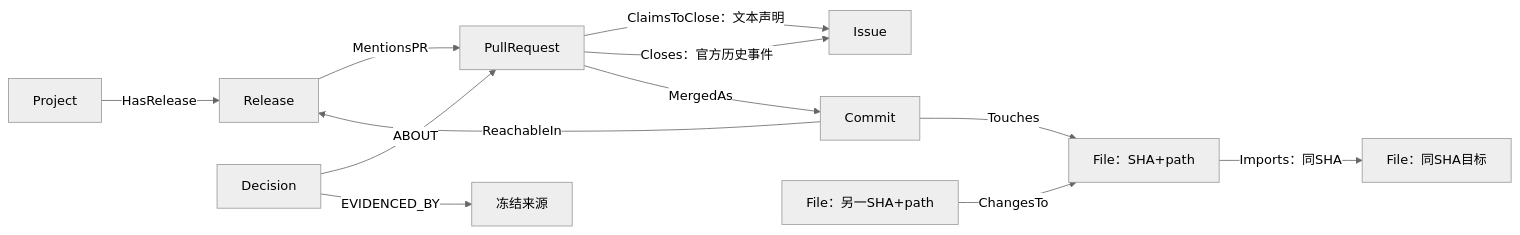
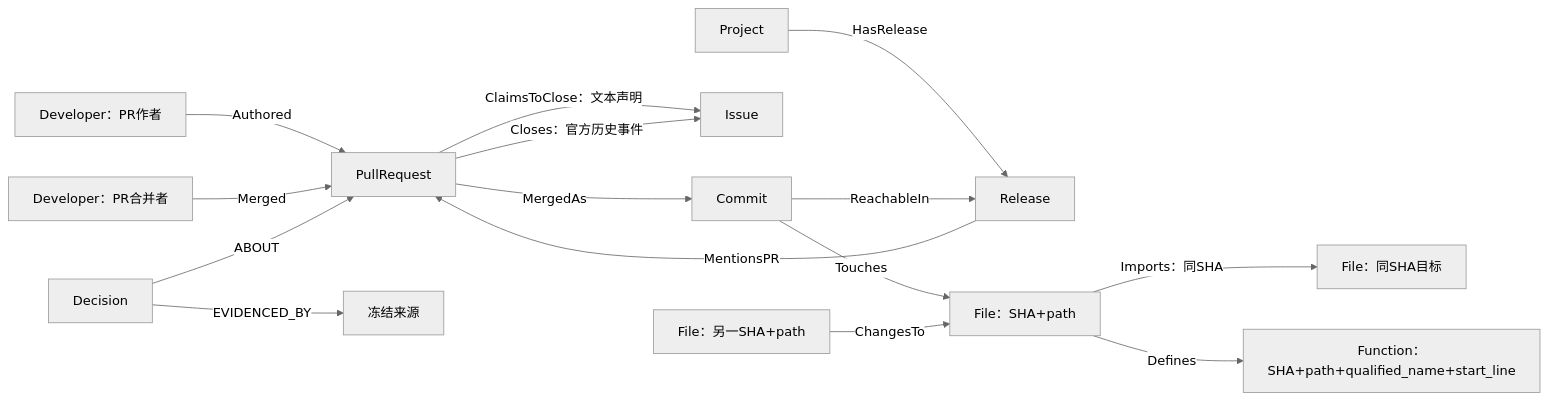
The diagram in deliveries/P2/2026-10-30/method_notes.md (Charlie-Yong/relore-kg-archaeologist), drawn with Mermaid (neutral theme) before and after one commit. The commit also changed other lines of this file and 12 other files, not shown here.

Commit message:
feat: add developer and function graph coverage

````diff
--- a/deliveries/P2/2026-10-30/method_notes.md
+++ b/deliveries/P2/2026-10-30/method_notes.md
@@ -64,14 +74,17 @@
 ```mermaid
 flowchart LR
+  DevAuthor[Developer：PR作者] -->|Authored| PR
+  DevMerger[Developer：PR合并者] -->|Merged| PR
   Project -->|HasRelease| Release
   PR[PullRequest] -->|ClaimsToClose：文本声明| Issue
   PR -->|Closes：官方历史事件| Issue
   PR -->|MergedAs| Commit
   Commit -->|Touches| FileNew[File：SHA+path]
   Commit -->|ReachableIn| Release
   Release -->|MentionsPR| PR
   FileOld[File：另一SHA+path] -->|ChangesTo| FileNew
   FileNew -->|Imports：同SHA| FileDep[File：同SHA目标]
+  FileNew -->|Defines| Function[Function：SHA+path+qualified_name+start_line]
   Decision -->|ABOUT| PR
   Decision -->|EVIDENCED_BY| Source[冻结来源]
 ```
````
